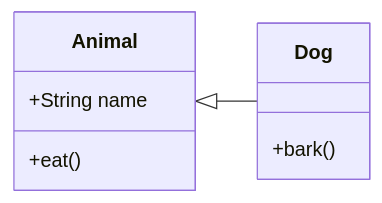
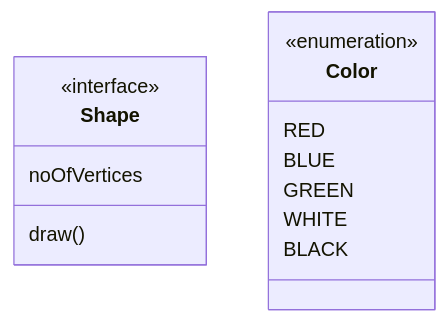
One commit to teachingai/full-stack-skills changed diagram 16 of 30 in skills/mermaid/examples/class.md. Above: the diagram before and after it, drawn with Mermaid. The commit also changed other lines of this file and 21 other files, not shown here.

First line of the commit message:
docs(mermaid): 更新架构、块、C4和类图示例文档

````diff
--- a/skills/mermaid/examples/class.md
+++ b/skills/mermaid/examples/class.md
@@ -208,12 +256,16 @@
 ```mermaid
 classDiagram
-    direction LR
-    class Animal {
-        +String name
-        +eat()
-    }
-    class Dog {
-        +bark()
-    }
-    Animal <|-- Dog
+class Shape{
+    <<interface>>
+    noOfVertices
+    draw()
+}
+class Color{
+    <<enumeration>>
+    RED
+    BLUE
+    GREEN
+    WHITE
+    BLACK
+}
 ```
````
